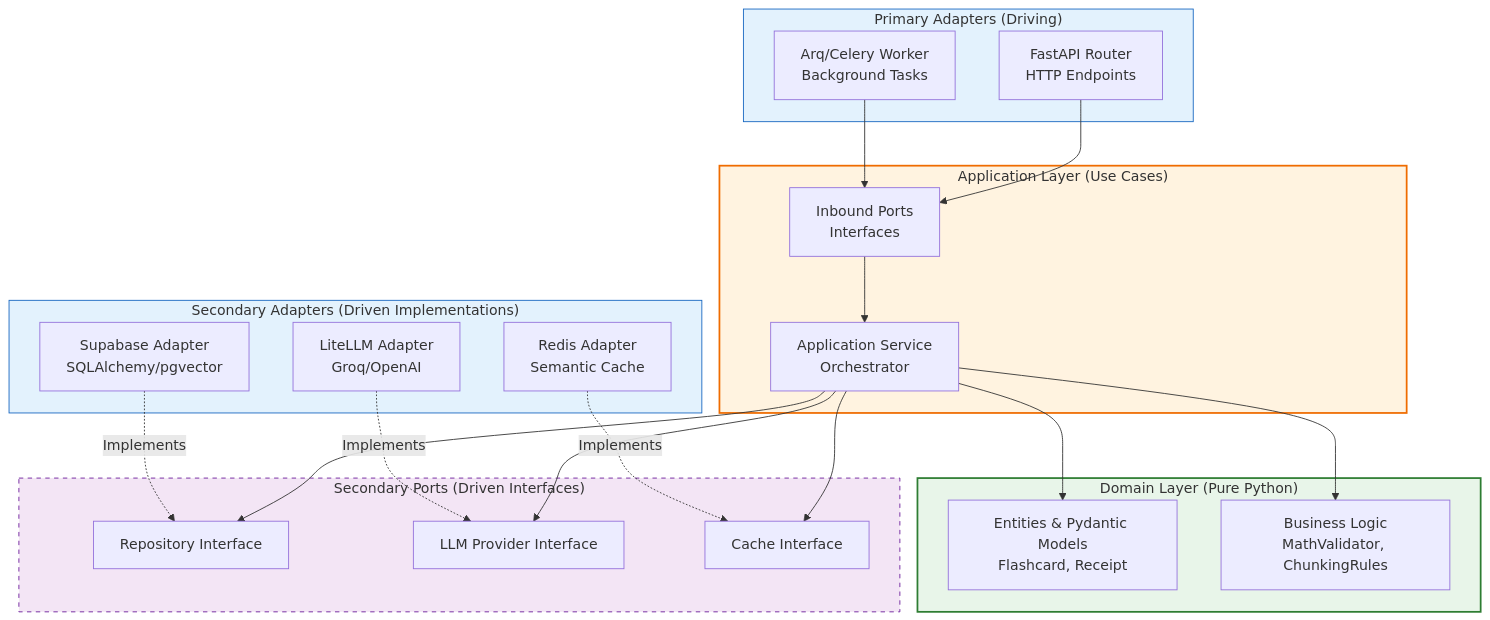
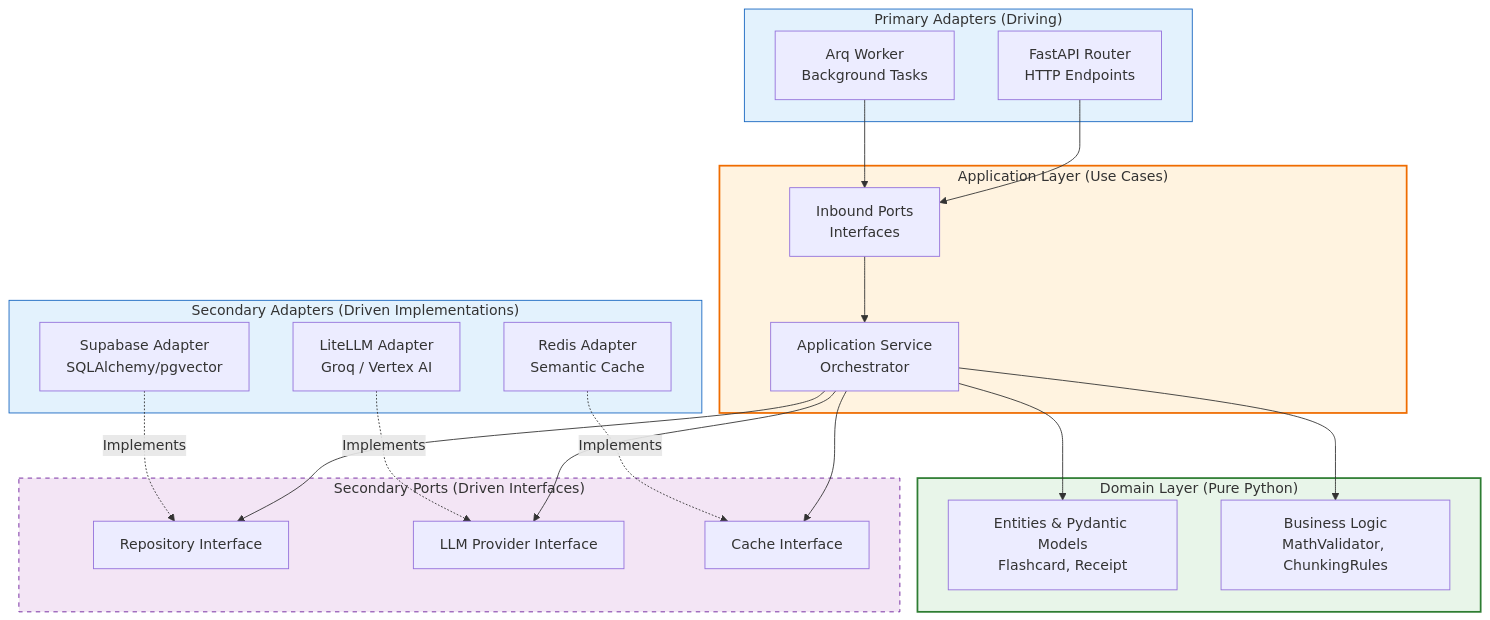
Before and after one commit to JMMAILabs/frugal-fortress-architecture: the diagram in docs/diagrams/core/hexagonal_module_template.md, drawn with Mermaid. The commit also changed 33 other files, not shown here.

````diff
--- a/docs/diagrams/core/hexagonal_module_template.md
+++ b/docs/diagrams/core/hexagonal_module_template.md
@@ -5,52 +5,52 @@
 ```mermaid
 graph TD
     subgraph Primary_Adapters ["Primary Adapters (Driving)"]
         Router[FastAPI Router\nHTTP Endpoints]
-        Worker[Arq/Celery Worker\nBackground Tasks]
+        Worker[Arq Worker\nBackground Tasks]
     end
 
     subgraph Application_Layer["Application Layer (Use Cases)"]
         Service[Application Service\nOrchestrator]
         PortIn[Inbound Ports\nInterfaces]
     end
 
     subgraph Domain_Layer ["Domain Layer (Pure Python)"]
         Entities[Entities & Pydantic Models\nFlashcard, Receipt]
         Logic[Business Logic\nMathValidator, ChunkingRules]
     end
 
     subgraph Secondary_Ports ["Secondary Ports (Driven Interfaces)"]
         RepoPort[Repository Interface]
         LLMPort[LLM Provider Interface]
         CachePort[Cache Interface]
     end
 
     subgraph Secondary_Adapters ["Secondary Adapters (Driven Implementations)"]
         Supabase[Supabase Adapter\nSQLAlchemy/pgvector]
-        LiteLLM[LiteLLM Adapter\nGroq/OpenAI]
+        LiteLLM[LiteLLM Adapter\nGroq / Vertex AI]
         Redis[Redis Adapter\nSemantic Cache]
     end
 
     %% Flow of Control
     Router --> PortIn
     Worker --> PortIn
     PortIn --> Service
     Service --> Entities
     Service --> Logic
     
     Service --> RepoPort
     Service --> LLMPort
     Service --> CachePort
 
     %% Dependency Inversion (Adapters implement Ports)
     Supabase -.->|Implements| RepoPort
     LiteLLM -.->|Implements| LLMPort
     Redis -.->|Implements| CachePort
 
     %% Styling for clarity
     style Domain_Layer fill:#e8f5e9,stroke:#2e7d32,stroke-width:2px,color:#333333
     style Application_Layer fill:#fff3e0,stroke:#ef6c00,stroke-width:2px,color:#333333
     style Primary_Adapters fill:#e3f2fd,stroke:#1565c0,color:#333333
     style Secondary_Adapters fill:#e3f2fd,stroke:#1565c0,color:#333333
     style Secondary_Ports fill:#f3e5f5,stroke:#6a1b9a,stroke-dasharray: 5 5,color:#333333
 ```
````
